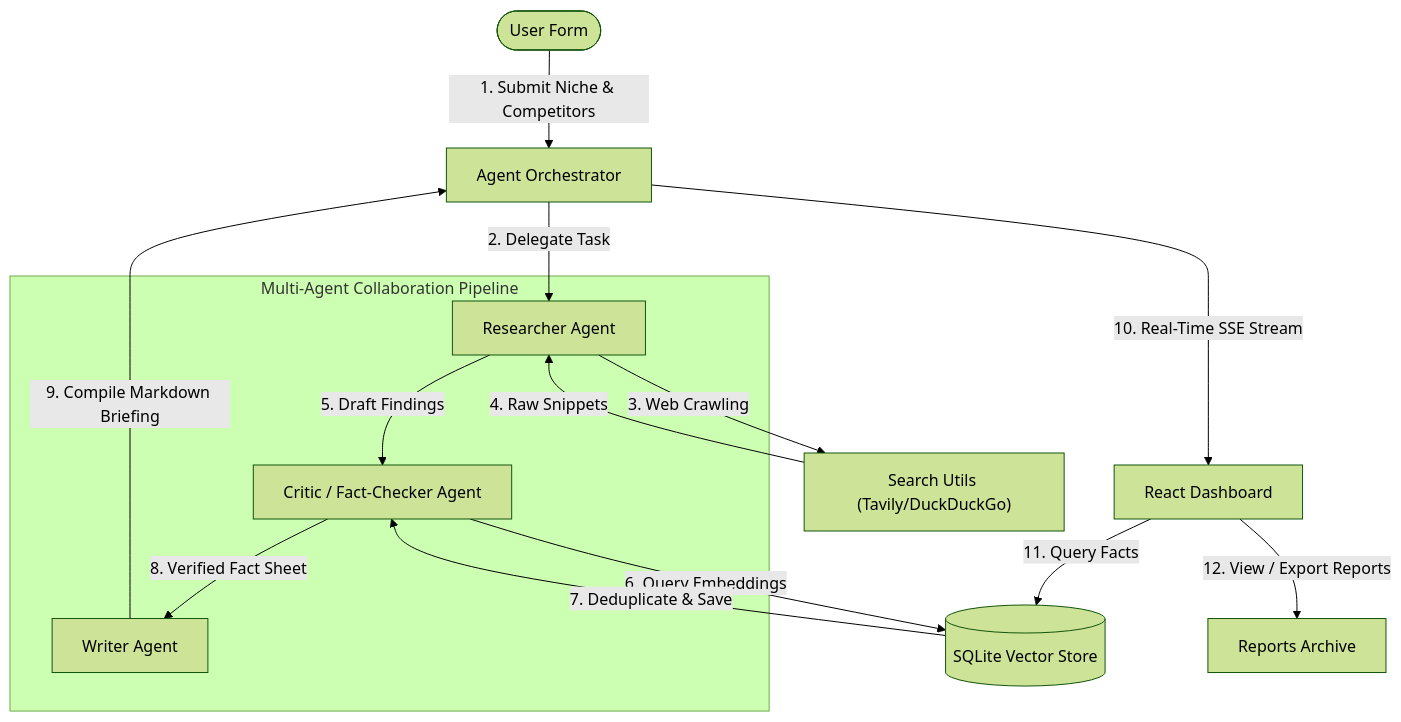
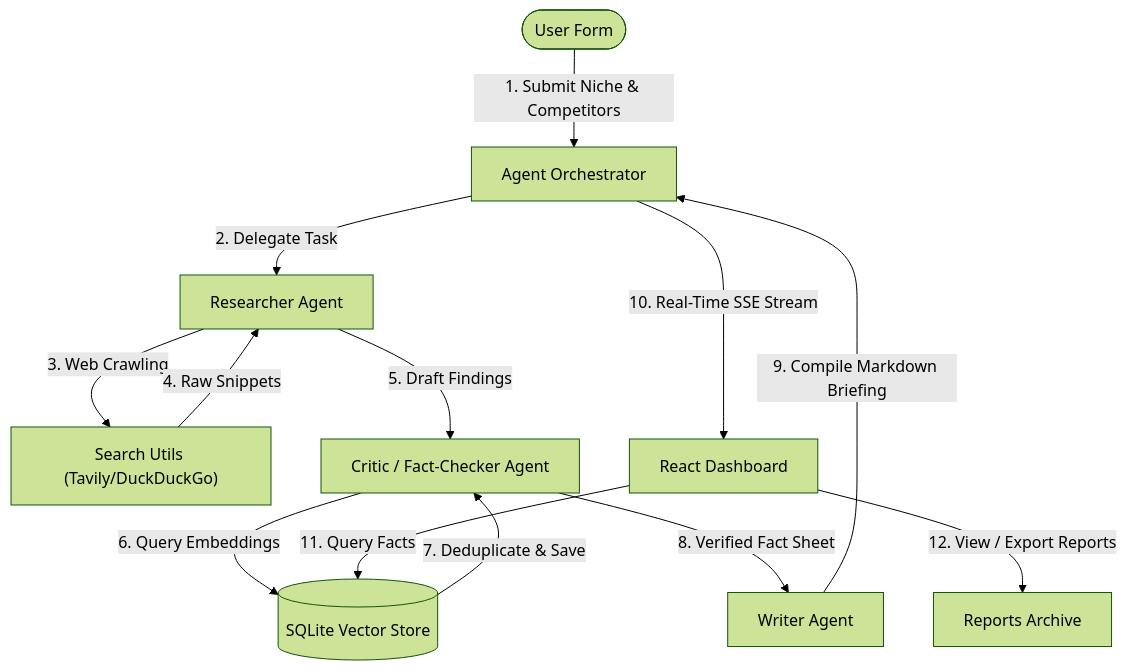
The diagram in README.md (vikrammaditya/multi-agent-competitive-intelligence), drawn with Mermaid (forest theme) before and after one commit.

Commit message:
Simplify Mermaid layout to prevent line crossovers and node distortion

````diff
--- a/README.md
+++ b/README.md
@@ -11,23 +11,20 @@
 ```mermaid
 graph TD
     User(["User Form"]) -->|1. Submit Niche & Competitors| Orchestrator["Agent Orchestrator"]
-    
     Orchestrator -->|2. Delegate Task| Researcher["Researcher Agent"]
-    
-    subgraph pipeline ["Multi-Agent Collaboration Pipeline"]
-        Researcher -->|5. Draft Findings| Critic["Critic / Fact-Checker Agent"]
-        Critic -->|8. Verified Fact Sheet| Writer["Writer Agent"]
-    end
     
     Researcher -->|3. Web Crawling| SearchTool["Search Utils (Tavily/DuckDuckGo)"]
     SearchTool -->|4. Raw Snippets| Researcher
     
+    Researcher -->|5. Draft Findings| Critic["Critic / Fact-Checker Agent"]
+    
     Critic -->|6. Query Embeddings| VectorStore[("SQLite Vector Store")]
     VectorStore -->|7. Deduplicate & Save| Critic
     
+    Critic -->|8. Verified Fact Sheet| Writer["Writer Agent"]
     Writer -->|9. Compile Markdown Briefing| Orchestrator
     
     Orchestrator -->|10. Real-Time SSE Stream| Frontend["React Dashboard"]
     Frontend -->|11. Query Facts| VectorStore
     Frontend -->|12. View / Export Reports| ReportsFolder["Reports Archive"]
 ```
````
